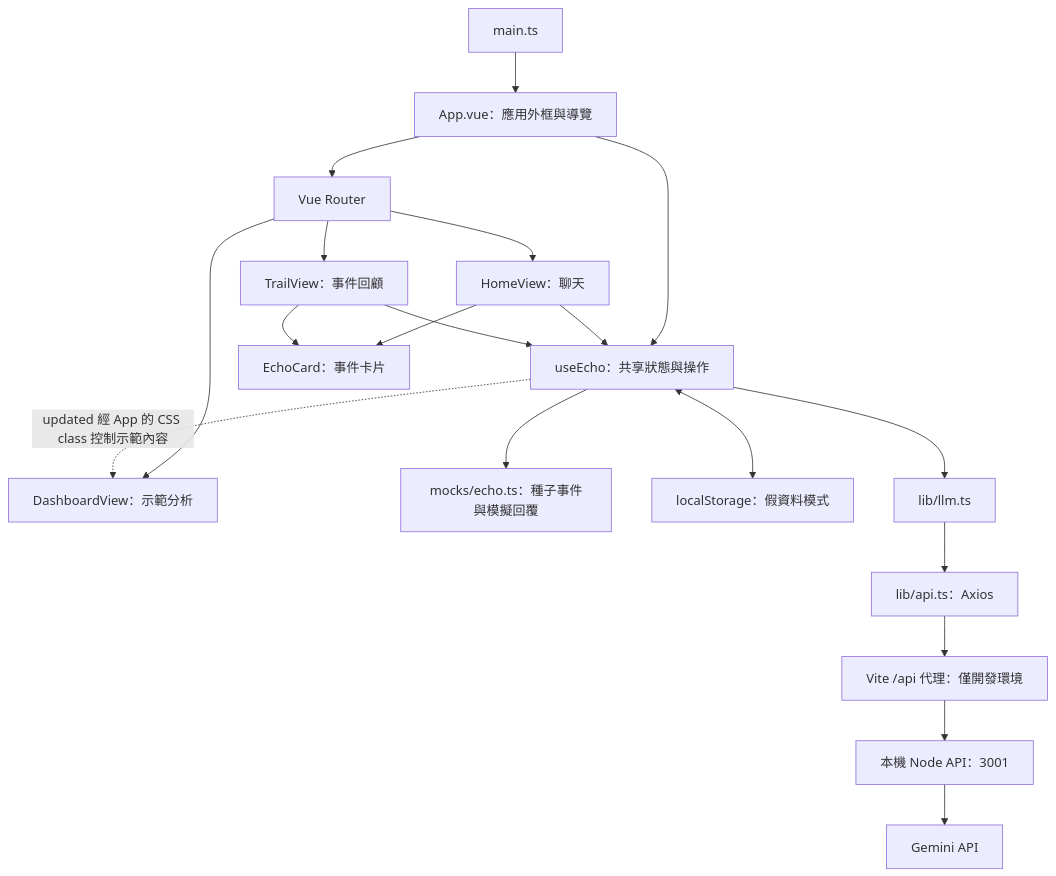
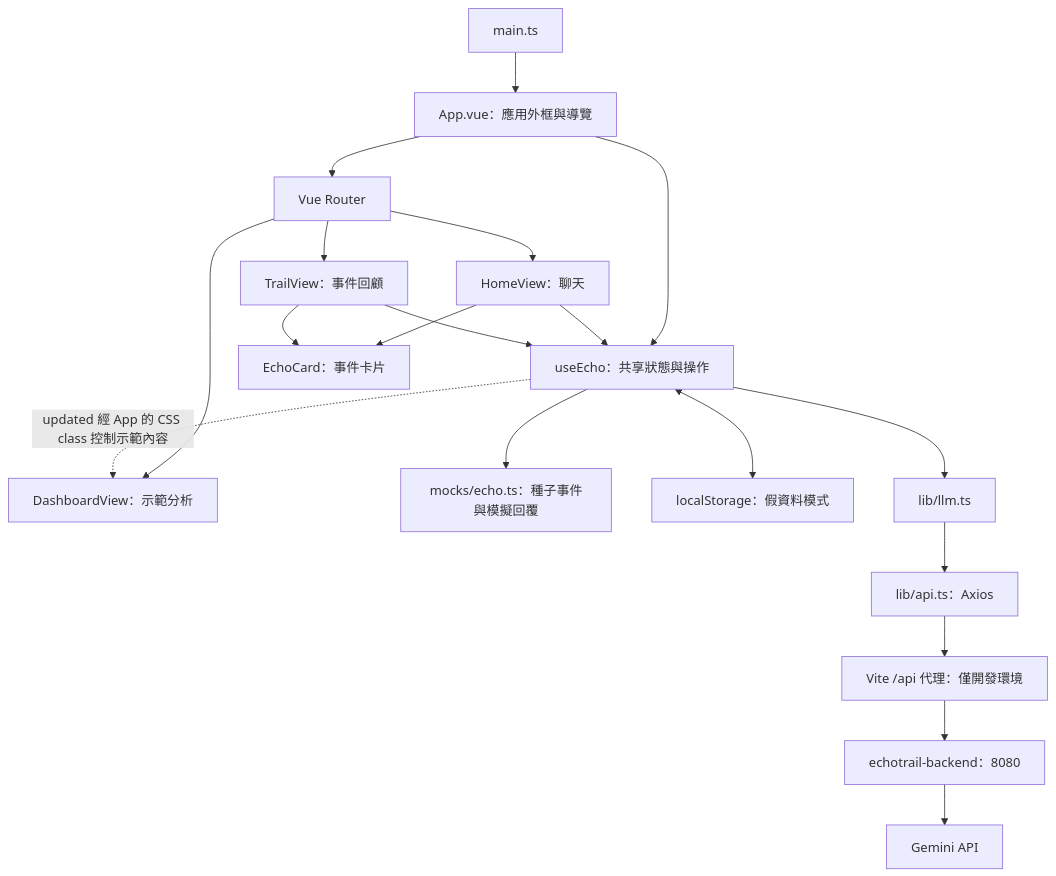
One commit to ZeYuanDuan/echotrail-frontend changed the diagram in docs/frontend-architecture.md. Above: the diagram before and after it, drawn with Mermaid. The commit also changed other lines of this file and 7 other files, not shown here.

````diff
--- a/docs/frontend-architecture.md
+++ b/docs/frontend-architecture.md
@@ -9,21 +9,21 @@
 ```mermaid
 flowchart TD
     Entry[main.ts] --> App[App.vue：應用外框與導覽]
     App --> Router[Vue Router]
     Router --> Home[HomeView：聊天]
     Router --> Trail[TrailView：事件回顧]
     Router --> Dashboard[DashboardView：示範分析]
     App --> Store[useEcho：共享狀態與操作]
     Home --> Store
     Trail --> Store
     Home --> Card[EchoCard：事件卡片]
     Trail --> Card
     Store --> Mock[mocks/echo.ts：種子事件與模擬回覆]
     Store <--> Storage[localStorage：假資料模式]
     Store --> LLM[lib/llm.ts]
     LLM --> API[lib/api.ts：Axios]
     API --> Proxy[Vite /api 代理：僅開發環境]
-    Proxy --> Server[本機 Node API：3001]
+    Proxy --> Server[echotrail-backend：8080]
     Server --> Gemini[Gemini API]
     Store -. updated 經 App 的 CSS class 控制示範內容 .-> Dashboard
 ```
````
